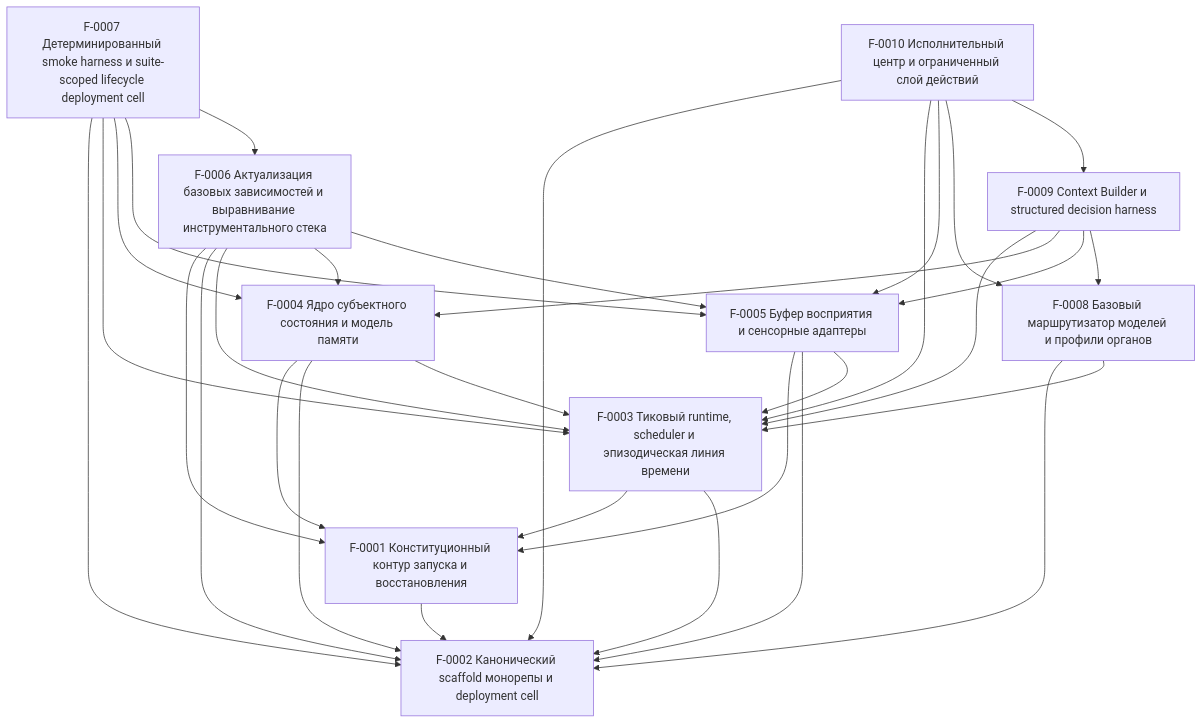
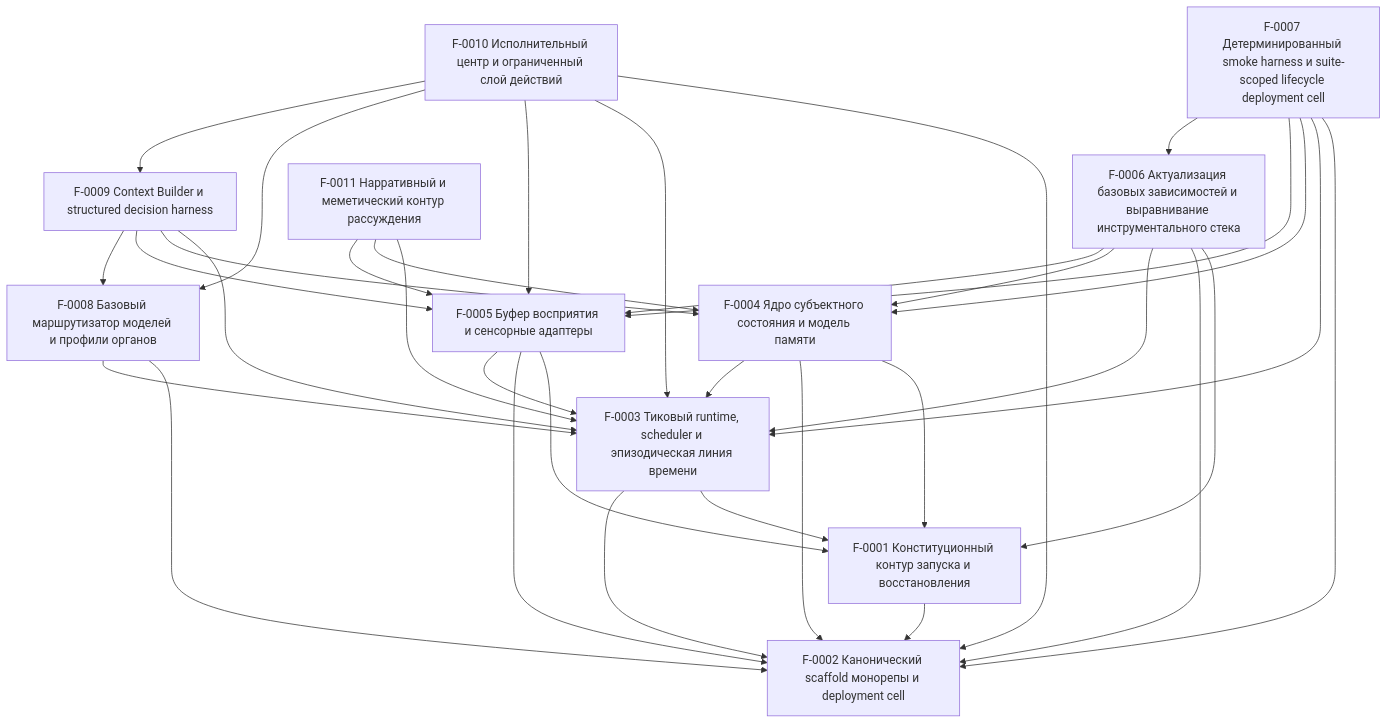
One commit to kostysh/yaagi changed the diagram in docs/ssot/index.md. Above: the diagram before and after it, drawn with Mermaid. The commit also changed other lines of this file and 3 other files, not shown here.

````diff
--- a/docs/ssot/index.md
+++ b/docs/ssot/index.md
@@ -28,43 +29,47 @@
 ```mermaid
 graph TD
   F0001["F-0001 Конституционный контур запуска и восстановления"]
   F0002["F-0002 Канонический scaffold монорепы и deployment cell"]
   F0003["F-0003 Тиковый runtime, scheduler и эпизодическая линия времени"]
   F0004["F-0004 Ядро субъектного состояния и модель памяти"]
   F0005["F-0005 Буфер восприятия и сенсорные адаптеры"]
   F0006["F-0006 Актуализация базовых зависимостей и выравнивание инструментального стека"]
   F0007["F-0007 Детерминированный smoke harness и suite-scoped lifecycle deployment cell"]
   F0008["F-0008 Базовый маршрутизатор моделей и профили органов"]
   F0009["F-0009 Context Builder и structured decision harness"]
   F0010["F-0010 Исполнительный центр и ограниченный слой действий"]
+  F0011["F-0011 Нарративный и меметический контур рассуждения"]
   F0001 --> F0002
   F0003 --> F0001
   F0003 --> F0002
   F0004 --> F0001
   F0004 --> F0002
   F0004 --> F0003
   F0005 --> F0001
   F0005 --> F0002
   F0005 --> F0003
   F0006 --> F0001
   F0006 --> F0002
   F0006 --> F0003
   F0006 --> F0004
   F0006 --> F0005
   F0007 --> F0002
   F0007 --> F0003
   F0007 --> F0004
   F0007 --> F0005
   F0007 --> F0006
   F0008 --> F0002
   F0008 --> F0003
   F0009 --> F0003
   F0009 --> F0004
   F0009 --> F0005
   F0009 --> F0008
   F0010 --> F0002
   F0010 --> F0003
   F0010 --> F0005
   F0010 --> F0008
   F0010 --> F0009
+  F0011 --> F0003
+  F0011 --> F0004
+  F0011 --> F0005
 ```
````
